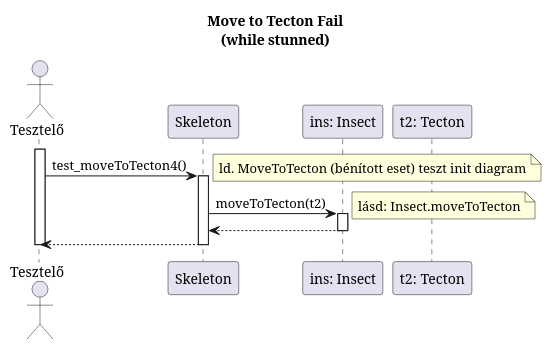
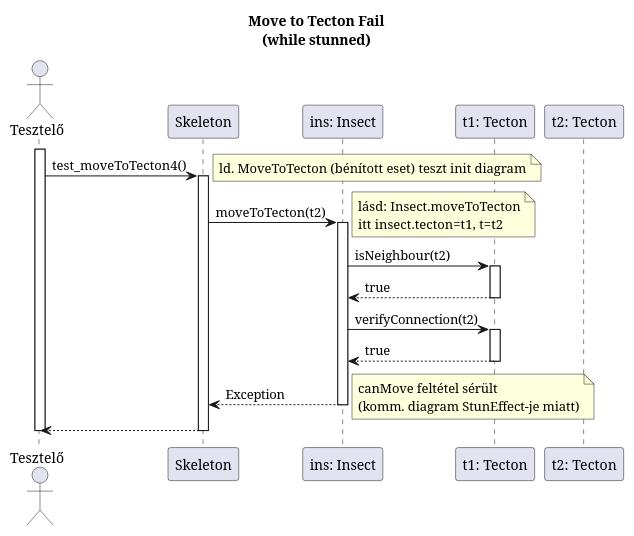
One commit to dzsem/projlab changed the diagram in diagrams/test-sequence/insect/moveToTecton4.plantuml. Above: the diagram before and after it, drawn with PlantUML. The commit also changed 3 other files, not shown here.

Commit message:
Update moveToTecton test diagrams

```diff
--- a/diagrams/test-sequence/insect/moveToTecton4.plantuml
+++ b/diagrams/test-sequence/insect/moveToTecton4.plantuml
@@ -1,37 +1,51 @@
 @startuml test_moveToTecton4
 
 title Move to Tecton Fail\n(while stunned)
 
 actor "Tesztelő" as t
 participant "Skeleton" as ske
 participant "ins: Insect" as i
+participant "t1: Tecton" as t1
 participant "t2: Tecton" as t2
 
 activate t
 
 t -> ske: test_moveToTecton4()
 note right: ld. MoveToTecton (bénított eset) teszt init diagram
 activate ske
 
 	ske -> i: moveToTecton(t2)
 	activate i
-	note right: lásd: Insect.moveToTecton
+	note right: lásd: Insect.moveToTecton\nitt insect.tecton=t1, t=t2
 
-	ske <-- i
+		i -> t1: isNeighbour(t2)
+			activate t1
+
+		i <-- t1: true
+		deactivate t1
+
+		i -> t1: verifyConnection(t2)
+		activate t1
+
+		i <-- t1: true
+		deactivate t1
+
+	ske <-- i: Exception
+	note right: canMove feltétel sérült\n(komm. diagram StunEffect-je miatt)
 	deactivate i
 
 '	opt ins.tecton != t1
 '		t -> logger: printError("test_moveToTecton4 failed")
 '		activate logger
 '
 '		t <-- logger
 '		deactivate logger
 '	end
 
 t <-- ske
 deactivate ske
 
 deactivate t
 
 
 @enduml
```
